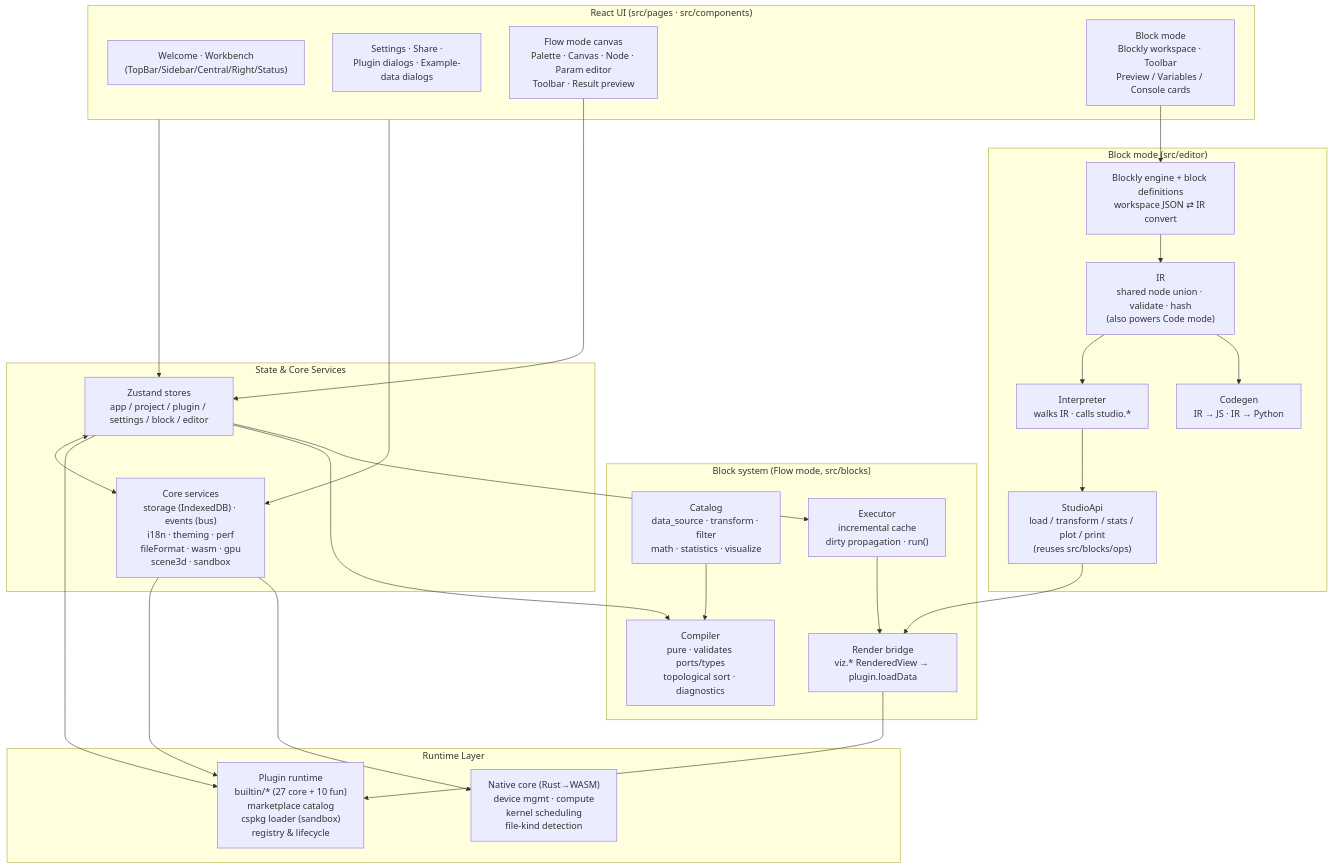
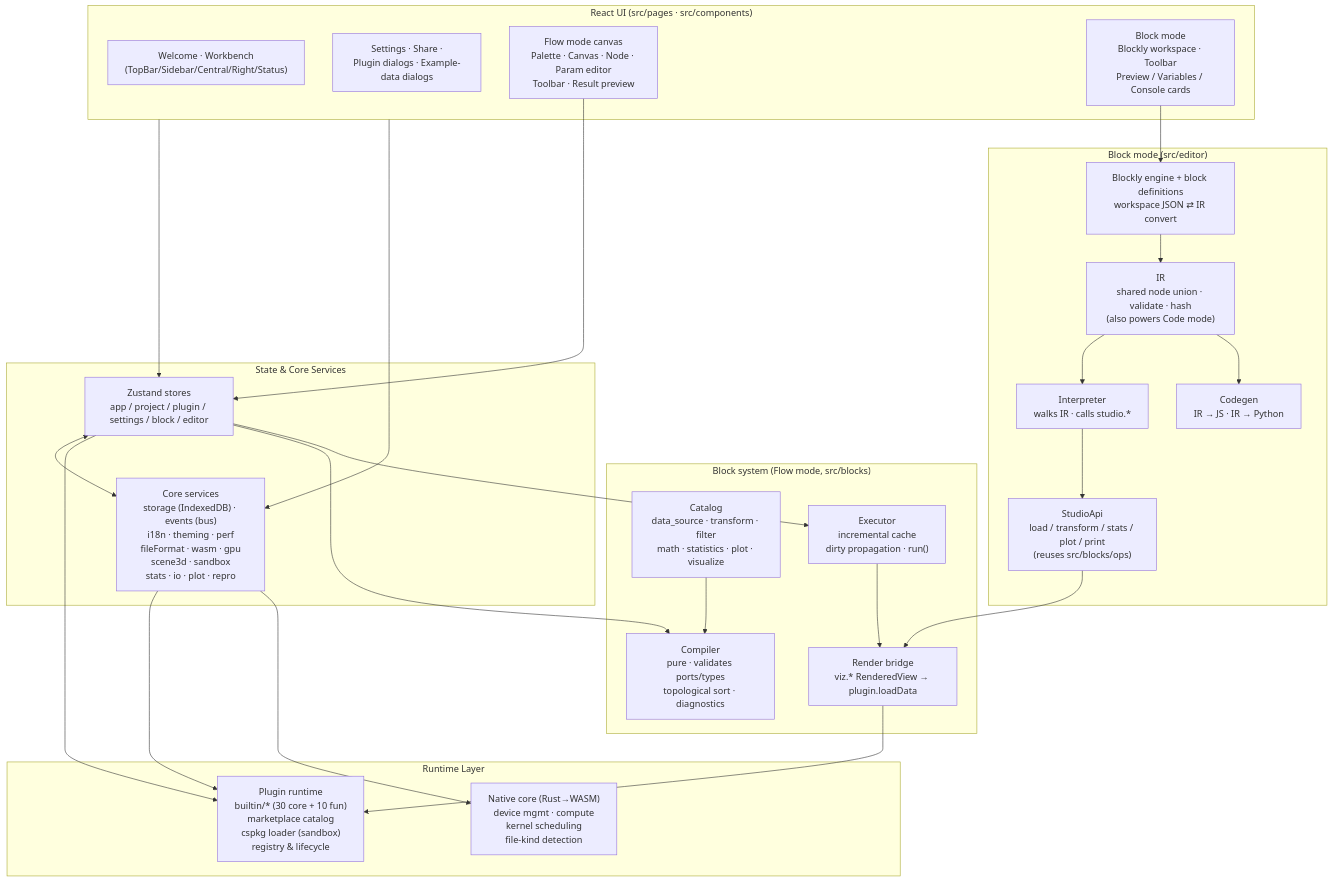
Before and after one commit to Miwafi/ErgalicsStudio: the diagram in docs/guide/architecture.md, drawn with Mermaid. The commit also changed other lines of this file and 30 other files, not shown here.

````diff
--- a/docs/guide/architecture.md
+++ b/docs/guide/architecture.md
@@ -5,53 +5,53 @@
 ```mermaid
 flowchart TB
     subgraph UI["React UI (src/pages · src/components)"]
         A1["Welcome · Workbench<br/>(TopBar/Sidebar/Central/Right/Status)"]
         A2["Settings · Share ·<br/>Plugin dialogs · Example-data dialogs"]
         A3["Flow mode canvas<br/>Palette · Canvas · Node · Param editor<br/>Toolbar · Result preview"]
         A4["Block mode<br/>Blockly workspace · Toolbar<br/>Preview / Variables / Console cards"]
     end
 
     subgraph State["State & Core Services"]
         B1["Zustand stores<br/>app / project / plugin / settings / block / editor"]
-        B2["Core services<br/>storage (IndexedDB) · events (bus)<br/>i18n · theming · perf<br/>fileFormat · wasm · gpu<br/>scene3d · sandbox"]
+        B2["Core services<br/>storage (IndexedDB) · events (bus)<br/>i18n · theming · perf<br/>fileFormat · wasm · gpu<br/>scene3d · sandbox<br/>stats · io · plot · repro"]
     end
 
     subgraph Blocks["Block system (Flow mode, src/blocks)"]
-        D1["Catalog<br/>data_source · transform · filter<br/>math · statistics · visualize"]
+        D1["Catalog<br/>data_source · transform · filter<br/>math · statistics · plot · visualize"]
         D2["Compiler<br/>pure · validates ports/types<br/>topological sort · diagnostics"]
         D3["Executor<br/>incremental cache<br/>dirty propagation · run()"]
         D4["Render bridge<br/>viz.* RenderedView → plugin.loadData"]
     end
 
     subgraph Editor["Block mode (src/editor)"]
         E1["IR<br/>shared node union · validate · hash<br/>(also powers Code mode)"]
         E2["Blockly engine + block definitions<br/>workspace JSON ⇄ IR convert"]
         E3["Interpreter<br/>walks IR · calls studio.*"]
         E4["Codegen<br/>IR → JS · IR → Python"]
         E5["StudioApi<br/>load / transform / stats / plot / print<br/>(reuses src/blocks/ops)"]
     end
 
     subgraph Runtime["Runtime Layer"]
-        C1["Plugin runtime<br/>builtin/* (27 core + 10 fun)<br/>marketplace catalog<br/>cspkg loader (sandbox)<br/>registry & lifecycle"]
+        C1["Plugin runtime<br/>builtin/* (30 core + 10 fun)<br/>marketplace catalog<br/>cspkg loader (sandbox)<br/>registry & lifecycle"]
         C2["Native core (Rust→WASM)<br/>device mgmt · compute<br/>kernel scheduling<br/>file-kind detection"]
     end
 
     UI --> B1
     UI --> B2
     B1 <--> B2
     B1 --> C1
     B2 --> C1
     B2 --> C2
     A3 --> B1
     B1 --> D2
     B1 --> D3
     D1 --> D2
     D3 --> D4
     D4 --> C1
     A4 --> E2
     E2 --> E1
     E1 --> E3
     E1 --> E4
     E3 --> E5
     E5 --> D4
 ```
````
